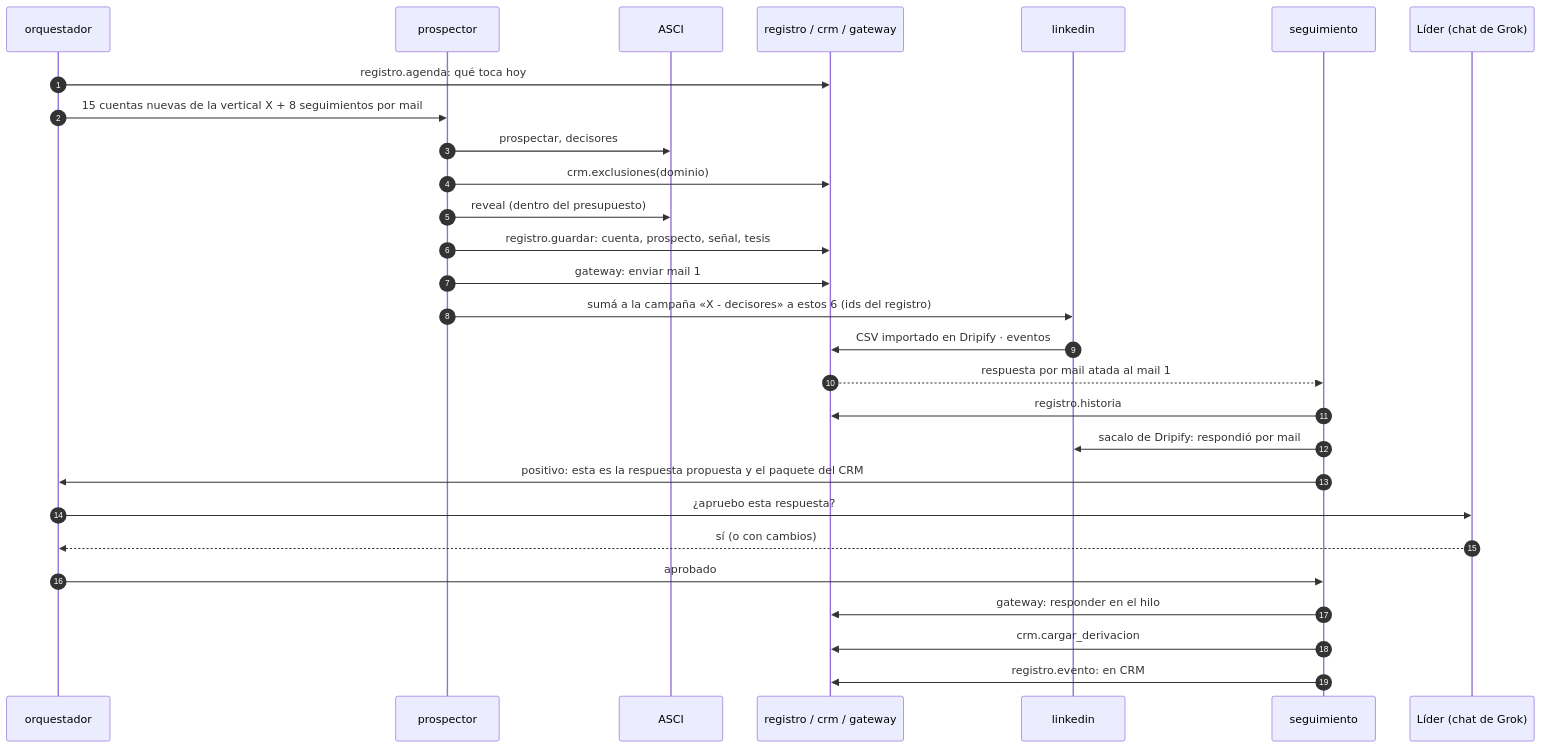
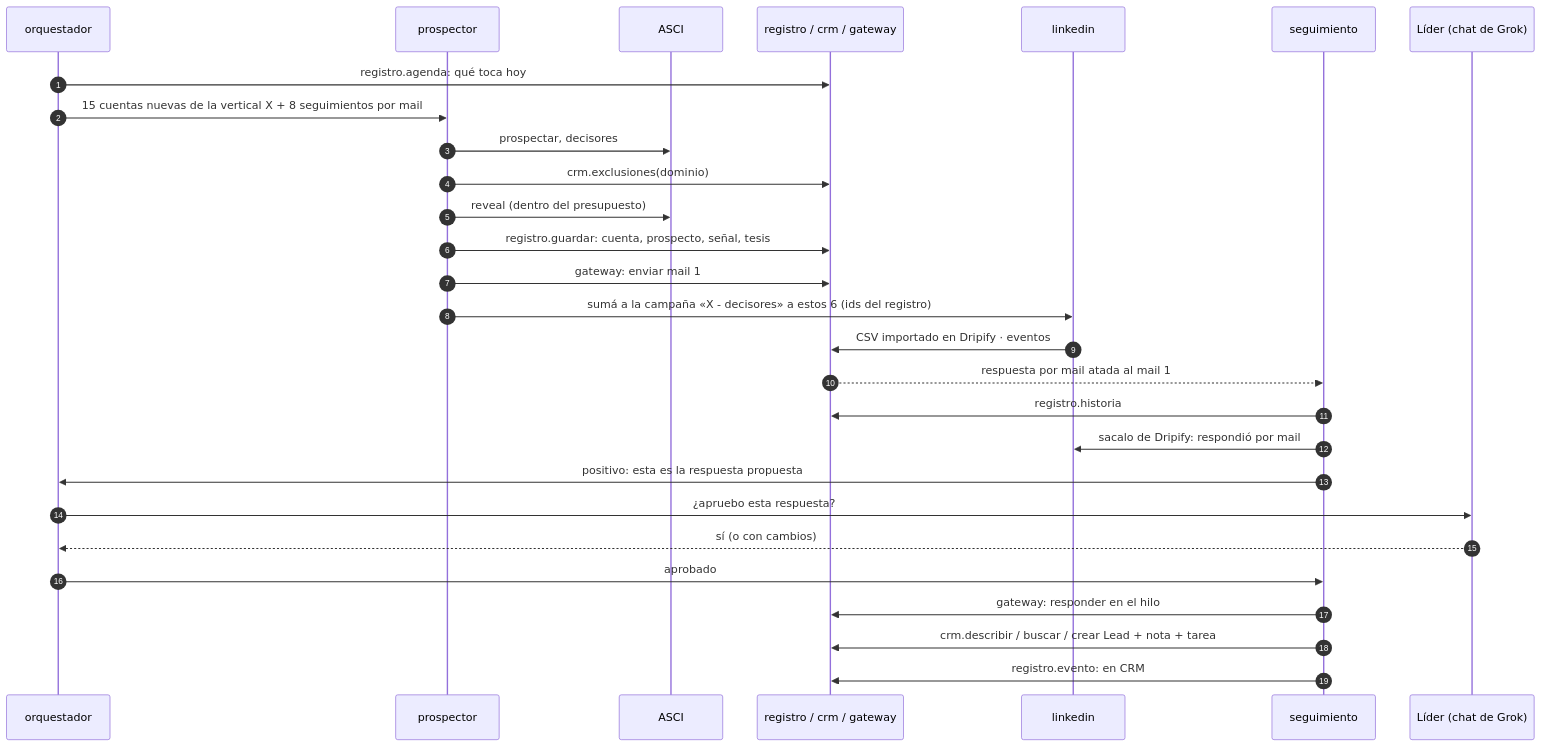
Before and after one commit to ignaciocuffia86/sdrbot: the second of 2 diagrams in docs/09-arquitectura-v2.md, drawn with Mermaid. The commit also changed other lines of this file and 3 other files, not shown here.

First line of the commit message:
docs/09, 10 y 11: dashboard del cliente, carga flexible en el CRM y decisiones cerradas

````diff
--- a/docs/09-arquitectura-v2.md
+++ b/docs/09-arquitectura-v2.md
@@ -149,31 +149,31 @@
 ```mermaid
 sequenceDiagram
   autonumber
   participant O as orquestador
   participant P as prospector
   participant A as ASCI
   participant R as registro / crm / gateway
   participant L as linkedin
   participant S as seguimiento
   participant H as Líder (chat de Grok)
 
   O->>R: registro.agenda: qué toca hoy
   O->>P: 15 cuentas nuevas de la vertical X + 8 seguimientos por mail
   P->>A: prospectar, decisores
   P->>R: crm.exclusiones(dominio)
   P->>A: reveal (dentro del presupuesto)
   P->>R: registro.guardar: cuenta, prospecto, señal, tesis
   P->>R: gateway: enviar mail 1
   P->>L: sumá a la campaña «X - decisores» a estos 6 (ids del registro)
   L->>R: CSV importado en Dripify · eventos
   R-->>S: respuesta por mail atada al mail 1
   S->>R: registro.historia
   S->>L: sacalo de Dripify: respondió por mail
-  S->>O: positivo: esta es la respuesta propuesta y el paquete del CRM
+  S->>O: positivo: esta es la respuesta propuesta
   O->>H: ¿apruebo esta respuesta?
   H-->>O: sí (o con cambios)
   O->>S: aprobado
   S->>R: gateway: responder en el hilo
-  S->>R: crm.cargar_derivacion
+  S->>R: crm.describir / buscar / crear Lead + nota + tarea
   S->>R: registro.evento: en CRM
 ```
````
